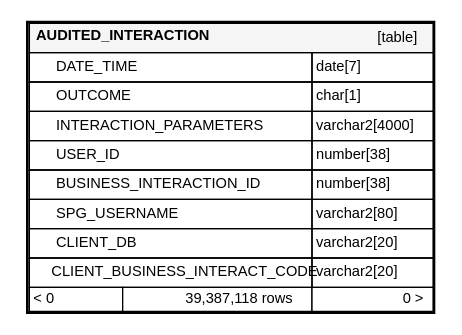
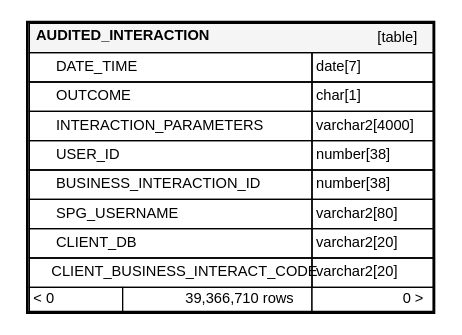
One commit to ministryofjustice/hmpps-probation-integration-services changed the diagram in schema-spy-report/diagrams/orphans/AUDITED_INTERACTION.1degree.dot. Above: the diagram before and after it, drawn with Graphviz. The commit also changed 89 other files, not shown here.

```diff
--- a/schema-spy-report/diagrams/orphans/AUDITED_INTERACTION.1degree.dot
+++ b/schema-spy-report/diagrams/orphans/AUDITED_INTERACTION.1degree.dot
@@ -1,37 +1,37 @@
 digraph "AUDITED_INTERACTION" {
   graph [
     rankdir="RL"
     bgcolor="#ffffff"
     nodesep="0.18"
     ranksep="0.46"
     fontname="Helvetica"
     fontsize="11"
     ration="compress"
   ];
   node [
     fontname="Helvetica"
     fontsize="11"
     shape="plaintext"
   ];
   edge [
     arrowsize="0.8"
   ];
   "AUDITED_INTERACTION" [
    label=<
     <TABLE BORDER="2" CELLBORDER="1" CELLSPACING="0" BGCOLOR="#ffffff">
       <TR><TD COLSPAN="4"  BGCOLOR="#f5f5f5"><TABLE BORDER="0" CELLSPACING="0"><TR><TD ALIGN="LEFT"><B>AUDITED_INTERACTION</B></TD><TD ALIGN="RIGHT">[table]</TD></TR></TABLE></TD></TR>
       <TR><TD PORT="DATE_TIME" COLSPAN="2" ALIGN="LEFT"><TABLE BORDER="0" CELLSPACING="0" ALIGN="LEFT"><TR ALIGN="LEFT"><TD ALIGN="LEFT" FIXEDSIZE="TRUE" WIDTH="15" HEIGHT="16"></TD><TD ALIGN="LEFT" FIXEDSIZE="TRUE" WIDTH="191" HEIGHT="16">DATE_TIME</TD></TR></TABLE></TD><TD PORT="DATE_TIME.type" ALIGN="LEFT">date[7]</TD></TR>
       <TR><TD PORT="OUTCOME" COLSPAN="2" ALIGN="LEFT"><TABLE BORDER="0" CELLSPACING="0" ALIGN="LEFT"><TR ALIGN="LEFT"><TD ALIGN="LEFT" FIXEDSIZE="TRUE" WIDTH="15" HEIGHT="16"></TD><TD ALIGN="LEFT" FIXEDSIZE="TRUE" WIDTH="191" HEIGHT="16">OUTCOME</TD></TR></TABLE></TD><TD PORT="OUTCOME.type" ALIGN="LEFT">char[1]</TD></TR>
       <TR><TD PORT="INTERACTION_PARAMETERS" COLSPAN="2" ALIGN="LEFT"><TABLE BORDER="0" CELLSPACING="0" ALIGN="LEFT"><TR ALIGN="LEFT"><TD ALIGN="LEFT" FIXEDSIZE="TRUE" WIDTH="15" HEIGHT="16"></TD><TD ALIGN="LEFT" FIXEDSIZE="TRUE" WIDTH="191" HEIGHT="16">INTERACTION_PARAMETERS</TD></TR></TABLE></TD><TD PORT="INTERACTION_PARAMETERS.type" ALIGN="LEFT">varchar2[4000]</TD></TR>
       <TR><TD PORT="USER_ID" COLSPAN="2" ALIGN="LEFT"><TABLE BORDER="0" CELLSPACING="0" ALIGN="LEFT"><TR ALIGN="LEFT"><TD ALIGN="LEFT" FIXEDSIZE="TRUE" WIDTH="15" HEIGHT="16"></TD><TD ALIGN="LEFT" FIXEDSIZE="TRUE" WIDTH="191" HEIGHT="16">USER_ID</TD></TR></TABLE></TD><TD PORT="USER_ID.type" ALIGN="LEFT">number[38]</TD></TR>
       <TR><TD PORT="BUSINESS_INTERACTION_ID" COLSPAN="2" ALIGN="LEFT"><TABLE BORDER="0" CELLSPACING="0" ALIGN="LEFT"><TR ALIGN="LEFT"><TD ALIGN="LEFT" FIXEDSIZE="TRUE" WIDTH="15" HEIGHT="16"></TD><TD ALIGN="LEFT" FIXEDSIZE="TRUE" WIDTH="191" HEIGHT="16">BUSINESS_INTERACTION_ID</TD></TR></TABLE></TD><TD PORT="BUSINESS_INTERACTION_ID.type" ALIGN="LEFT">number[38]</TD></TR>
       <TR><TD PORT="SPG_USERNAME" COLSPAN="2" ALIGN="LEFT"><TABLE BORDER="0" CELLSPACING="0" ALIGN="LEFT"><TR ALIGN="LEFT"><TD ALIGN="LEFT" FIXEDSIZE="TRUE" WIDTH="15" HEIGHT="16"></TD><TD ALIGN="LEFT" FIXEDSIZE="TRUE" WIDTH="191" HEIGHT="16">SPG_USERNAME</TD></TR></TABLE></TD><TD PORT="SPG_USERNAME.type" ALIGN="LEFT">varchar2[80]</TD></TR>
       <TR><TD PORT="CLIENT_DB" COLSPAN="2" ALIGN="LEFT"><TABLE BORDER="0" CELLSPACING="0" ALIGN="LEFT"><TR ALIGN="LEFT"><TD ALIGN="LEFT" FIXEDSIZE="TRUE" WIDTH="15" HEIGHT="16"></TD><TD ALIGN="LEFT" FIXEDSIZE="TRUE" WIDTH="191" HEIGHT="16">CLIENT_DB</TD></TR></TABLE></TD><TD PORT="CLIENT_DB.type" ALIGN="LEFT">varchar2[20]</TD></TR>
       <TR><TD PORT="CLIENT_BUSINESS_INTERACT_CODE" COLSPAN="2" ALIGN="LEFT"><TABLE BORDER="0" CELLSPACING="0" ALIGN="LEFT"><TR ALIGN="LEFT"><TD ALIGN="LEFT" FIXEDSIZE="TRUE" WIDTH="15" HEIGHT="16"></TD><TD ALIGN="LEFT" FIXEDSIZE="TRUE" WIDTH="191" HEIGHT="16">CLIENT_BUSINESS_INTERACT_CODE</TD></TR></TABLE></TD><TD PORT="CLIENT_BUSINESS_INTERACT_CODE.type" ALIGN="LEFT">varchar2[20]</TD></TR>
-      <TR><TD ALIGN="LEFT" BGCOLOR="#ffffff">&lt; 0</TD><TD ALIGN="RIGHT" BGCOLOR="#ffffff">39,387,118 rows</TD><TD ALIGN="RIGHT" BGCOLOR="#ffffff">0 &gt;</TD></TR>
+      <TR><TD ALIGN="LEFT" BGCOLOR="#ffffff">&lt; 0</TD><TD ALIGN="RIGHT" BGCOLOR="#ffffff">39,366,710 rows</TD><TD ALIGN="RIGHT" BGCOLOR="#ffffff">0 &gt;</TD></TR>
     </TABLE>>
     URL="../../tables/AUDITED_INTERACTION.html"
     target="_top"
     tooltip="AUDITED_INTERACTION"
   ];
 }
```
